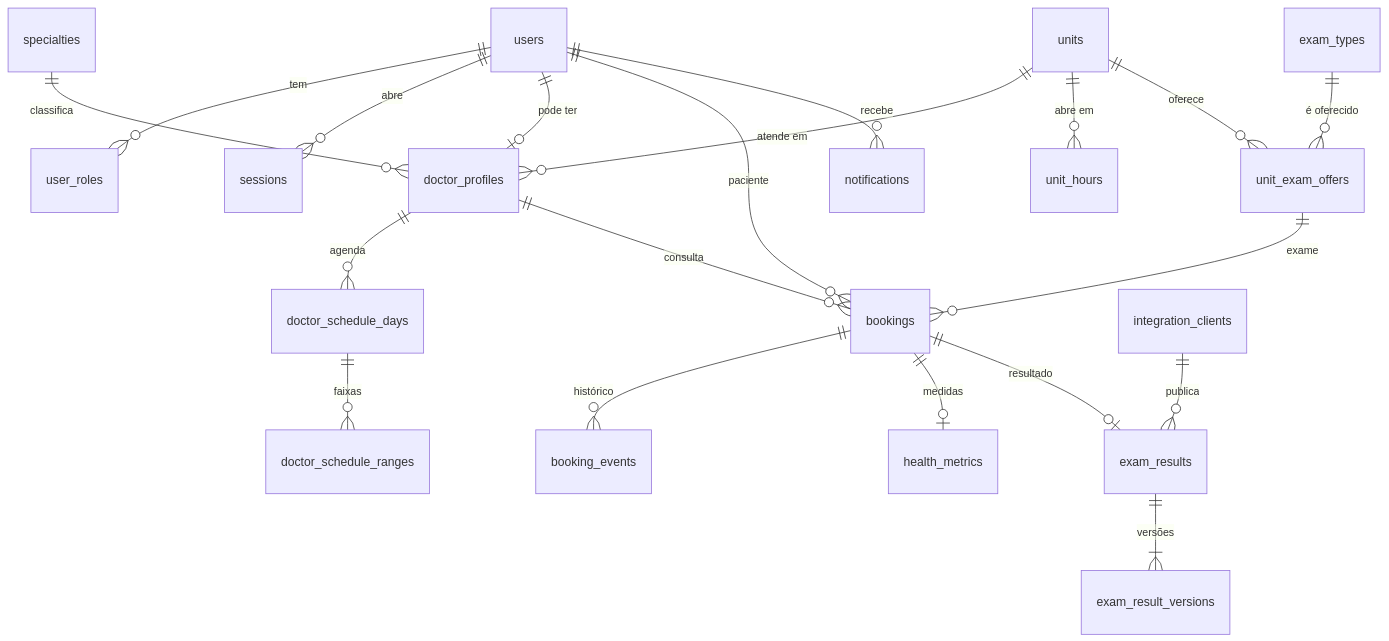
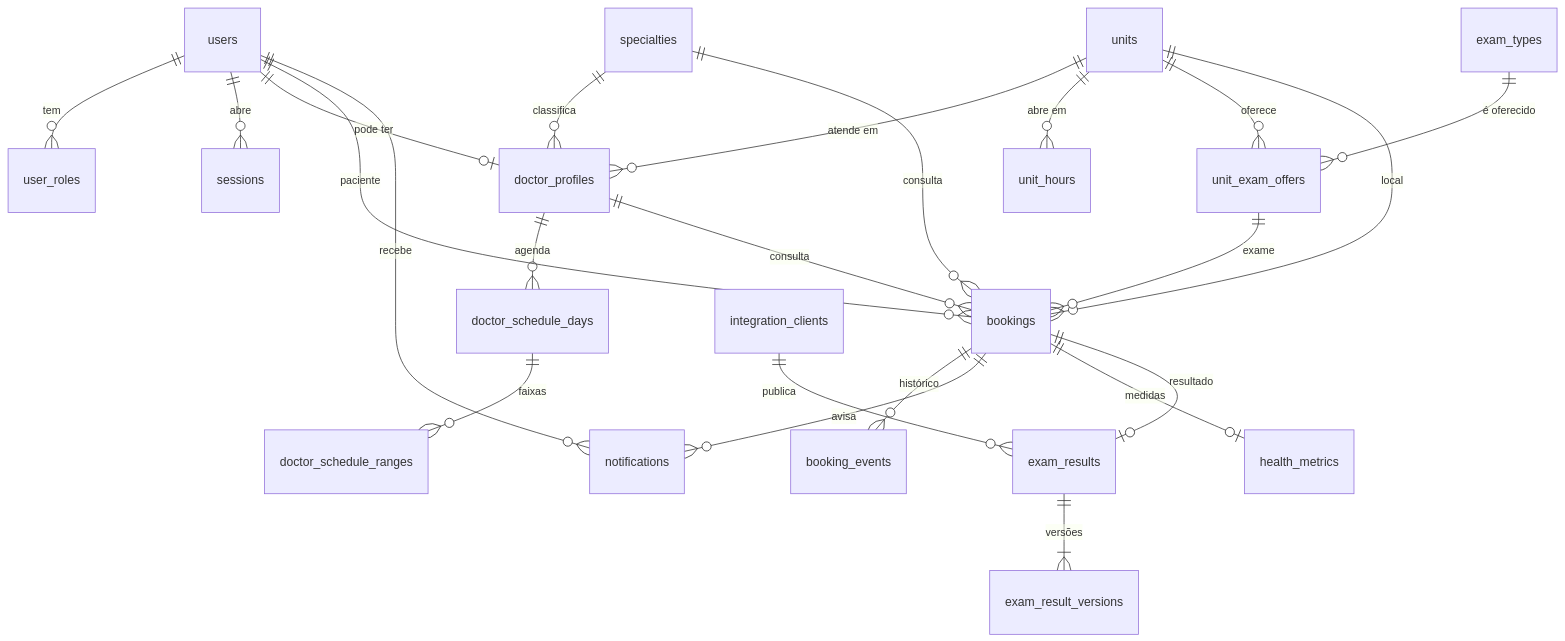
Before and after one commit to Plovatto/API-SaudeMais: the diagram in README.md, drawn with Mermaid. The commit also changed other lines of this file, not shown here.

````diff
--- a/README.md
+++ b/README.md
@@ -123,22 +84,25 @@
 ```mermaid
 erDiagram
   users ||--o{ user_roles : "tem"
   users ||--o{ sessions : "abre"
   users ||--o| doctor_profiles : "pode ter"
   specialties ||--o{ doctor_profiles : "classifica"
   units ||--o{ doctor_profiles : "atende em"
   units ||--o{ unit_hours : "abre em"
   units ||--o{ unit_exam_offers : "oferece"
   exam_types ||--o{ unit_exam_offers : "é oferecido"
   doctor_profiles ||--o{ doctor_schedule_days : "agenda"
   doctor_schedule_days ||--o{ doctor_schedule_ranges : "faixas"
   users ||--o{ bookings : "paciente"
   doctor_profiles ||--o{ bookings : "consulta"
+  specialties ||--o{ bookings : "consulta"
+  units ||--o{ bookings : "local"
   unit_exam_offers ||--o{ bookings : "exame"
   bookings ||--o{ booking_events : "histórico"
+  bookings ||--o{ notifications : "avisa"
   bookings ||--o| health_metrics : "medidas"
   bookings ||--o| exam_results : "resultado"
   exam_results ||--|{ exam_result_versions : "versões"
   integration_clients ||--o{ exam_results : "publica"
   users ||--o{ notifications : "recebe"
 ```
````
